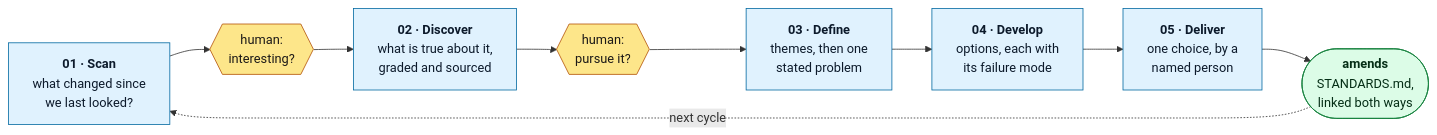
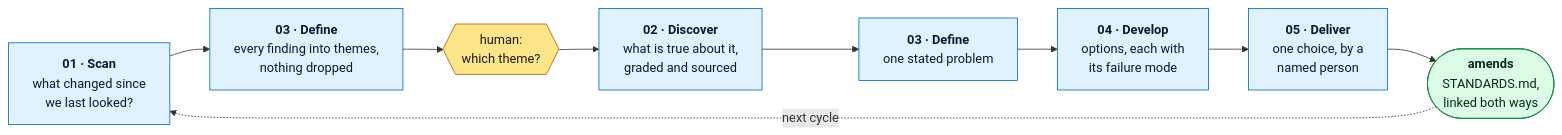
One commit to Okja-Engineering/ai-native-sdlc changed the diagram in README.md. Above: the diagram before and after it, drawn with Mermaid. The commit also changed other lines of this file and 13 other files, not shown here.

````diff
--- a/README.md
+++ b/README.md
@@ -21,21 +21,21 @@
 ```mermaid
 flowchart LR
     S["<b>01 · Scan</b><br/>what changed since<br/>we last looked?"]
-    G1{{"human:<br/>interesting?"}}
+    F1["<b>03 · Define</b><br/>every finding into themes,<br/>nothing dropped"]
+    G1{{"human:<br/>which theme?"}}
     D["<b>02 · Discover</b><br/>what is true about it,<br/>graded and sourced"]
-    G2{{"human:<br/>pursue it?"}}
-    F["<b>03 · Define</b><br/>themes, then one<br/>stated problem"]
+    F2["<b>03 · Define</b><br/>one stated problem"]
     V["<b>04 · Develop</b><br/>options, each with<br/>its failure mode"]
     L["<b>05 · Deliver</b><br/>one choice, by a<br/>named person"]
     U(["<b>amends</b><br/>STANDARDS.md,<br/>linked both ways"])
 
-    S --> G1 --> D --> G2 --> F --> V --> L --> U
+    S --> F1 --> G1 --> D --> F2 --> V --> L --> U
     U -. "next cycle" .-> S
 
     classDef human fill:#fde68a,stroke:#b45309,color:#1c1917
     classDef step fill:#e0f2fe,stroke:#0369a1,color:#0c1a2b
     classDef out fill:#dcfce7,stroke:#15803d,color:#052e16
-    class G1,G2 human
-    class S,D,F,V,L step
+    class G1 human
+    class S,F1,D,F2,V,L step
     class U out
 ```
````
